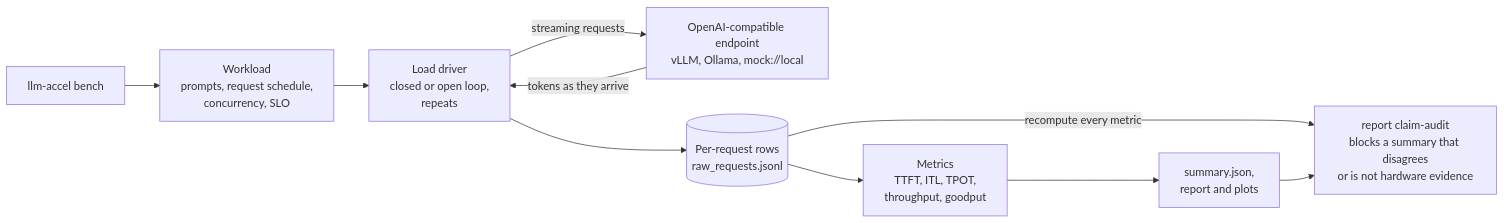
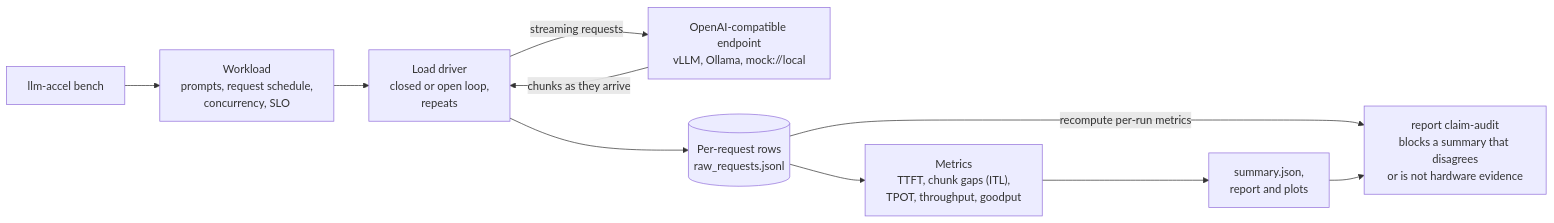
The diagram in docs/architecture.mmd (hskl18/llm-inference-acceleration-playground), drawn with Mermaid before and after one commit. The commit also changed 3 other files, not shown here.

Commit message:
docs: make the architecture diagram match the code more closely

```diff
--- a/docs/architecture.mmd
+++ b/docs/architecture.mmd
@@ -1,10 +1,10 @@
 flowchart LR
   CLI["llm-accel bench"] --> Workload["Workload<br/>prompts, request schedule,<br/>concurrency, SLO"]
   Workload --> Driver["Load driver<br/>closed or open loop,<br/>repeats"]
   Driver -->|"streaming requests"| Endpoint["OpenAI-compatible endpoint<br/>vLLM, Ollama, mock://local"]
-  Endpoint -->|"tokens as they arrive"| Driver
+  Endpoint -->|"chunks as they arrive"| Driver
   Driver --> Rows[("Per-request rows<br/>raw_requests.jsonl")]
-  Rows --> Metrics["Metrics<br/>TTFT, ITL, TPOT,<br/>throughput, goodput"]
+  Rows --> Metrics["Metrics<br/>TTFT, chunk gaps (ITL),<br/>TPOT, throughput, goodput"]
   Metrics --> Summary["summary.json,<br/>report and plots"]
-  Rows -->|"recompute every metric"| Audit["report claim-audit<br/>blocks a summary that disagrees<br/>or is not hardware evidence"]
+  Rows -->|"recompute per-run metrics"| Audit["report claim-audit<br/>blocks a summary that disagrees<br/>or is not hardware evidence"]
   Summary --> Audit
```
